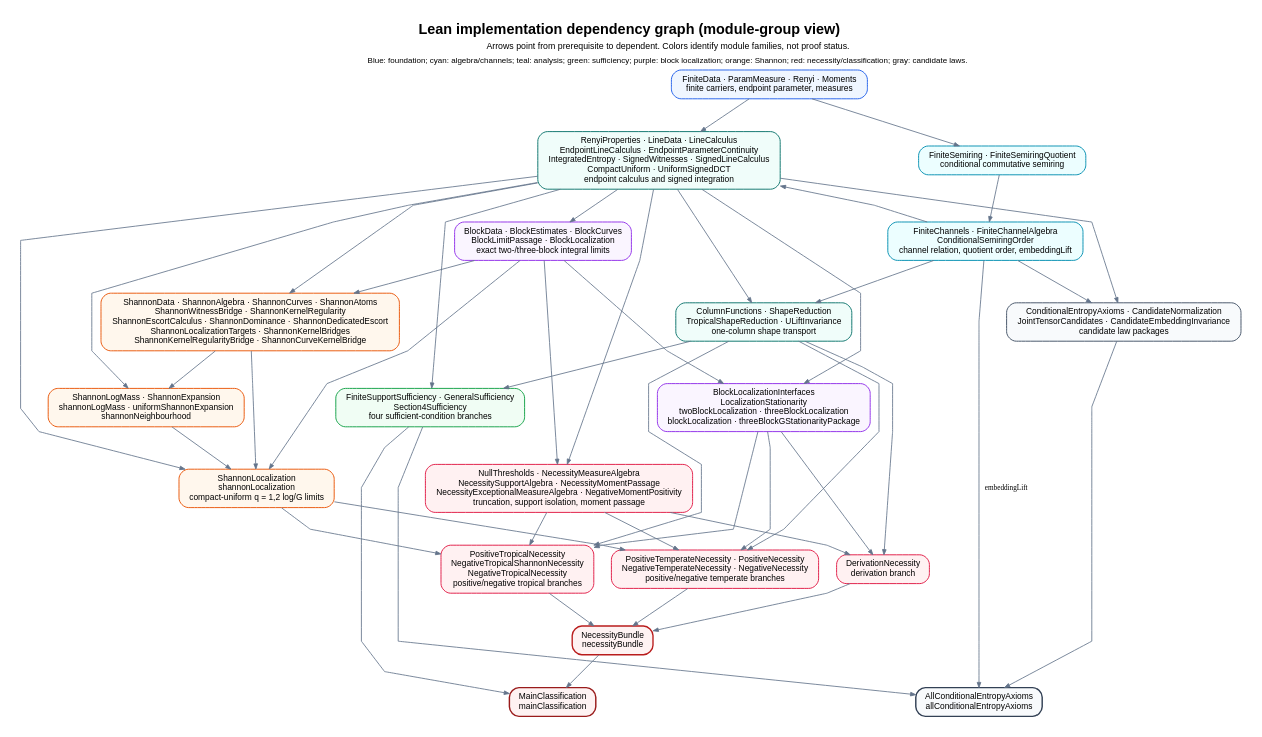
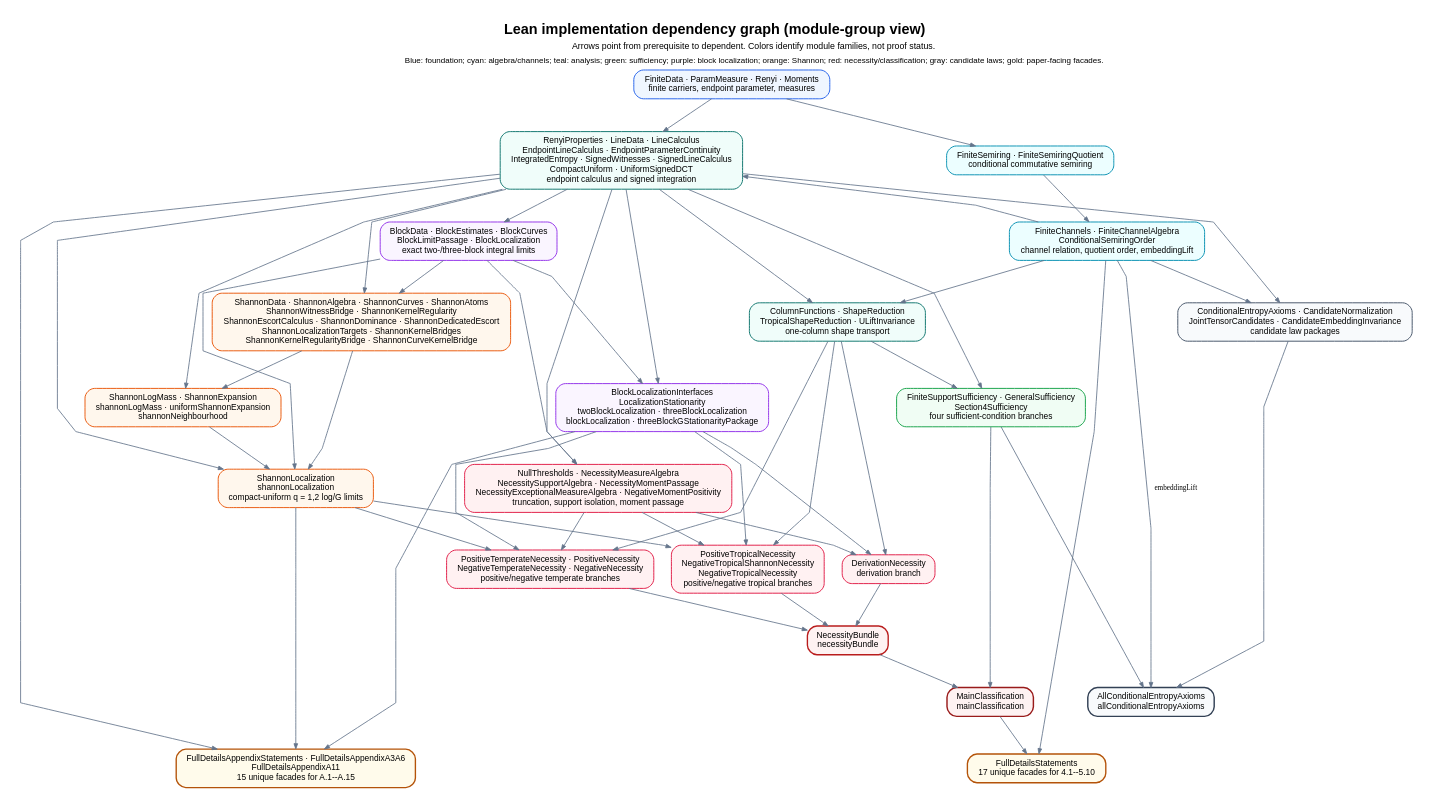
Before and after one commit to robertorubboli/A-complete-characterization-of-conditional-entropies: the diagram in paper/dependency-graph.dot, drawn with Graphviz. The commit also changed 20 other files, not shown here.

Commit message:
Add one-to-one full-details Lean correspondence

```diff
--- a/paper/dependency-graph.dot
+++ b/paper/dependency-graph.dot
@@ -1,116 +1,128 @@
 digraph ConditionalEntropyDependencies {
   graph [rankdir=TB, bgcolor="white", pad=0.25, nodesep=0.30,
          ranksep=0.55, splines=polyline, newrank=true,
          fontname="Arial", fontsize=18,
          label=<<FONT POINT-SIZE="18"><B>Lean implementation dependency graph (module-group view)</B></FONT><BR/>
                 <FONT POINT-SIZE="11">Arrows point from prerequisite to dependent. Colors identify module families, not proof status.</FONT><BR/>
-                <FONT POINT-SIZE="10">Blue: foundation; cyan: algebra/channels; teal: analysis; green: sufficiency; purple: block localization; orange: Shannon; red: necessity/classification; gray: candidate laws.</FONT>>,
+                <FONT POINT-SIZE="10">Blue: foundation; cyan: algebra/channels; teal: analysis; green: sufficiency; purple: block localization; orange: Shannon; red: necessity/classification; gray: candidate laws; gold: paper-facing facades.</FONT>>,
          labelloc=t];
   node [shape=box, style="rounded,filled", penwidth=1.2,
         fontname="Arial", fontsize=10.5, margin="0.15,0.09"];
   edge [color="#64748b", penwidth=1.05, arrowsize=0.65];
 
   foundation [label="FiniteData · ParamMeasure · Renyi · Moments\nfinite carriers, endpoint parameter, measures",
               fillcolor="#eff6ff", color="#2563eb"];
 
   semiring [label="FiniteSemiring · FiniteSemiringQuotient\nconditional commutative semiring",
             fillcolor="#ecfeff", color="#0891b2"];
   channels [label="FiniteChannels · FiniteChannelAlgebra\nConditionalSemiringOrder\nchannel relation, quotient order, embeddingLift",
             fillcolor="#ecfeff", color="#0891b2"];
 
   endpoint [label="RenyiProperties · LineData · LineCalculus\nEndpointLineCalculus · EndpointParameterContinuity\nIntegratedEntropy · SignedWitnesses · SignedLineCalculus\nCompactUniform · UniformSignedDCT\nendpoint calculus and signed integration",
             fillcolor="#f0fdfa", color="#0f766e"];
   shape [label="ColumnFunctions · ShapeReduction\nTropicalShapeReduction · ULiftInvariance\none-column shape transport",
          fillcolor="#f0fdfa", color="#0f766e"];
 
   sufficiency [label="FiniteSupportSufficiency · GeneralSufficiency\nSection4Sufficiency\nfour sufficient-condition branches",
                fillcolor="#f0fdf4", color="#16a34a"];
 
   block [label="BlockData · BlockEstimates · BlockCurves\nBlockLimitPassage · BlockLocalization\nexact two-/three-block integral limits",
          fillcolor="#faf5ff", color="#9333ea"];
   block_interface [label="BlockLocalizationInterfaces\nLocalizationStationarity\ntwoBlockLocalization · threeBlockLocalization\nblockLocalization · threeBlockGStationarityPackage",
                    fillcolor="#faf5ff", color="#9333ea"];
 
   shannon_core [label="ShannonData · ShannonAlgebra · ShannonCurves · ShannonAtoms\nShannonWitnessBridge · ShannonKernelRegularity\nShannonEscortCalculus · ShannonDominance · ShannonDedicatedEscort\nShannonLocalizationTargets · ShannonKernelBridges\nShannonKernelRegularityBridge · ShannonCurveKernelBridge",
                 fillcolor="#fff7ed", color="#ea580c"];
   shannon_asymptotics [label="ShannonLogMass · ShannonExpansion\nshannonLogMass · uniformShannonExpansion\nshannonNeighbourhood",
                        fillcolor="#fff7ed", color="#ea580c"];
   shannon_localization [label="ShannonLocalization\nshannonLocalization\ncompact-uniform q = 1,2 log/G limits",
                         fillcolor="#fff7ed", color="#ea580c"];
 
   necessity_measure [label="NullThresholds · NecessityMeasureAlgebra\nNecessitySupportAlgebra · NecessityMomentPassage\nNecessityExceptionalMeasureAlgebra · NegativeMomentPositivity\ntruncation, support isolation, moment passage",
                      fillcolor="#fff1f2", color="#e11d48"];
   temperate [label="PositiveTemperateNecessity · PositiveNecessity\nNegativeTemperateNecessity · NegativeNecessity\npositive/negative temperate branches",
              fillcolor="#fff1f2", color="#e11d48"];
   tropical [label="PositiveTropicalNecessity\nNegativeTropicalShannonNecessity\nNegativeTropicalNecessity\npositive/negative tropical branches",
             fillcolor="#fff1f2", color="#e11d48"];
   derivation [label="DerivationNecessity\nderivation branch",
               fillcolor="#fff1f2", color="#e11d48"];
 
   necessity_bundle [label="NecessityBundle\nnecessityBundle",
                     fillcolor="#fef2f2", color="#b91c1c", penwidth=1.7];
   classification [label="MainClassification\nmainClassification",
                   fillcolor="#fef2f2", color="#991b1b", penwidth=1.8];
 
   candidate_axioms [label="ConditionalEntropyAxioms · CandidateNormalization\nJointTensorCandidates · CandidateEmbeddingInvariance\ncandidate law packages",
                     fillcolor="#f8fafc", color="#475569"];
   all_axioms [label="AllConditionalEntropyAxioms\nallConditionalEntropyAxioms",
               fillcolor="#f8fafc", color="#334155", penwidth=1.8];
 
+  main_facades [label="FullDetailsStatements\n17 unique facades for 4.1--5.10",
+                fillcolor="#fffbeb", color="#b45309", penwidth=1.7];
+  appendix_facades [label="FullDetailsAppendixStatements · FullDetailsAppendixA3A6\nFullDetailsAppendixA11\n15 unique facades for A.1--A.15",
+                    fillcolor="#fffbeb", color="#b45309", penwidth=1.7];
+
   { rank=same; semiring; endpoint }
   { rank=same; sufficiency; block_interface; shannon_asymptotics }
   { rank=same; temperate; tropical; derivation }
   { rank=same; classification; all_axioms }
+  { rank=same; main_facades; appendix_facades }
 
   foundation -> semiring;
   foundation -> endpoint;
   semiring -> channels;
   channels -> endpoint;
   channels -> shape;
   endpoint -> shape;
 
   endpoint -> sufficiency;
   shape -> sufficiency;
 
   endpoint -> block;
   block -> block_interface;
   endpoint -> block_interface;
 
   block -> shannon_core;
   endpoint -> shannon_core;
   shannon_core -> shannon_asymptotics;
   endpoint -> shannon_asymptotics;
   shannon_asymptotics -> shannon_localization;
   shannon_core -> shannon_localization;
   block -> shannon_localization;
   endpoint -> shannon_localization;
 
   endpoint -> necessity_measure;
   block -> necessity_measure;
 
   shape -> temperate;
   block_interface -> temperate;
   shannon_localization -> temperate;
   necessity_measure -> temperate;
 
   shape -> tropical;
   block_interface -> tropical;
   shannon_localization -> tropical;
   necessity_measure -> tropical;
 
   shape -> derivation;
   block_interface -> derivation;
   necessity_measure -> derivation;
 
   temperate -> necessity_bundle;
   tropical -> necessity_bundle;
   derivation -> necessity_bundle;
   necessity_bundle -> classification;
   sufficiency -> classification;
 
   channels -> candidate_axioms;
   endpoint -> candidate_axioms;
   candidate_axioms -> all_axioms;
   sufficiency -> all_axioms;
   channels -> all_axioms [label="embeddingLift", fontsize=9];
+
+  classification -> main_facades;
+  channels -> main_facades;
+  endpoint -> appendix_facades;
+  block_interface -> appendix_facades;
+  shannon_localization -> appendix_facades;
 }
```
